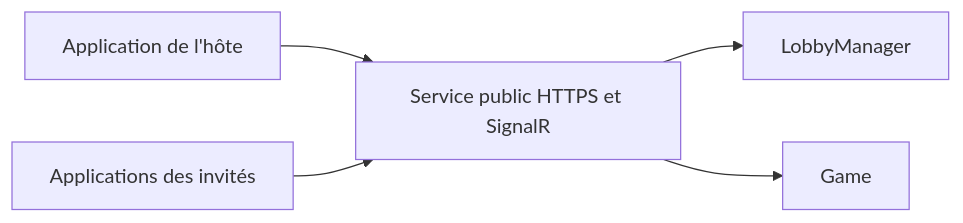
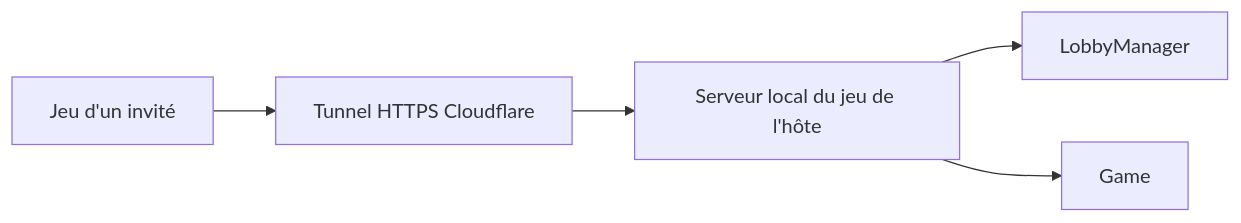
Before and after one commit to NJ010323/TheGang-Online: the diagram in README.md, drawn with Mermaid. The commit also changed other lines of this file and 23 other files, not shown here.

````diff
--- a/README.md
+++ b/README.md
@@ -26,7 +38,7 @@
 ```mermaid
 flowchart LR
-    H[Application de l'hôte] --> S[Service public HTTPS et SignalR]
-    I[Applications des invités] --> S
-    S --> L[LobbyManager]
-    S --> G[Game]
+    I[Jeu d'un invité] --> T[Tunnel HTTPS Cloudflare]
+    T --> H[Serveur local du jeu de l'hôte]
+    H --> L[LobbyManager]
+    H --> G[Game]
 ```
````
